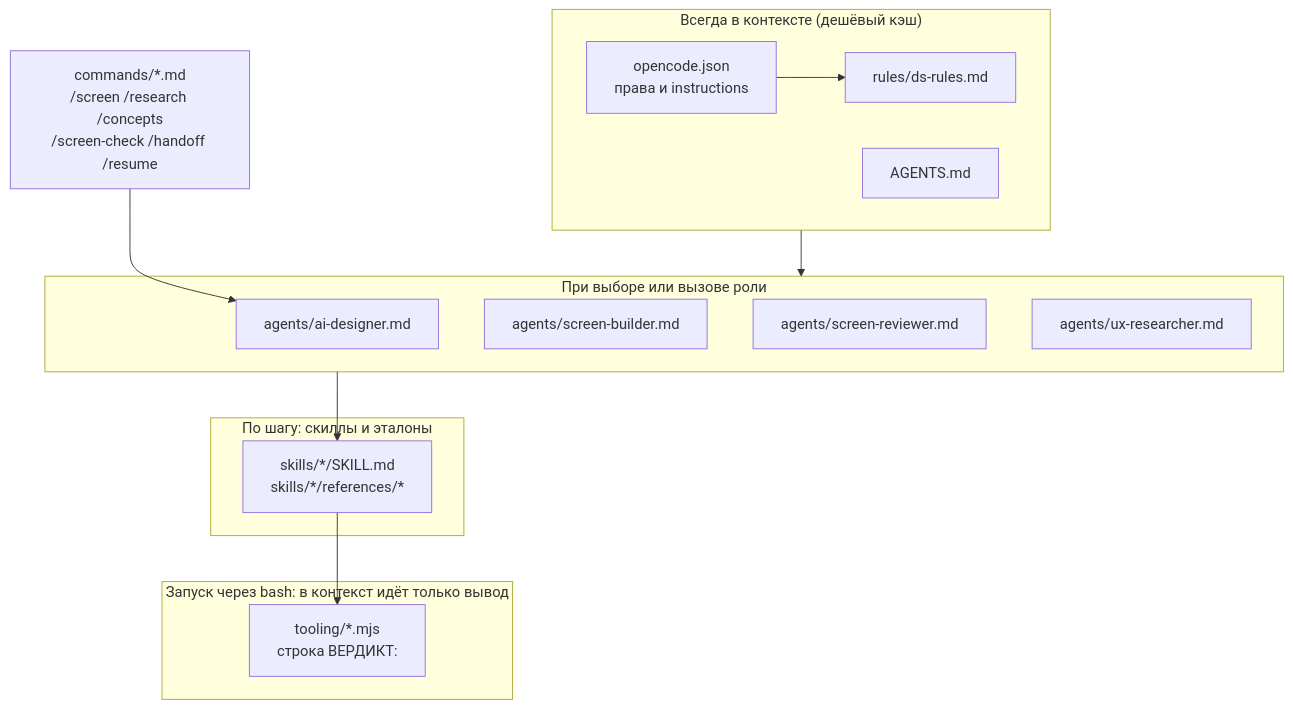
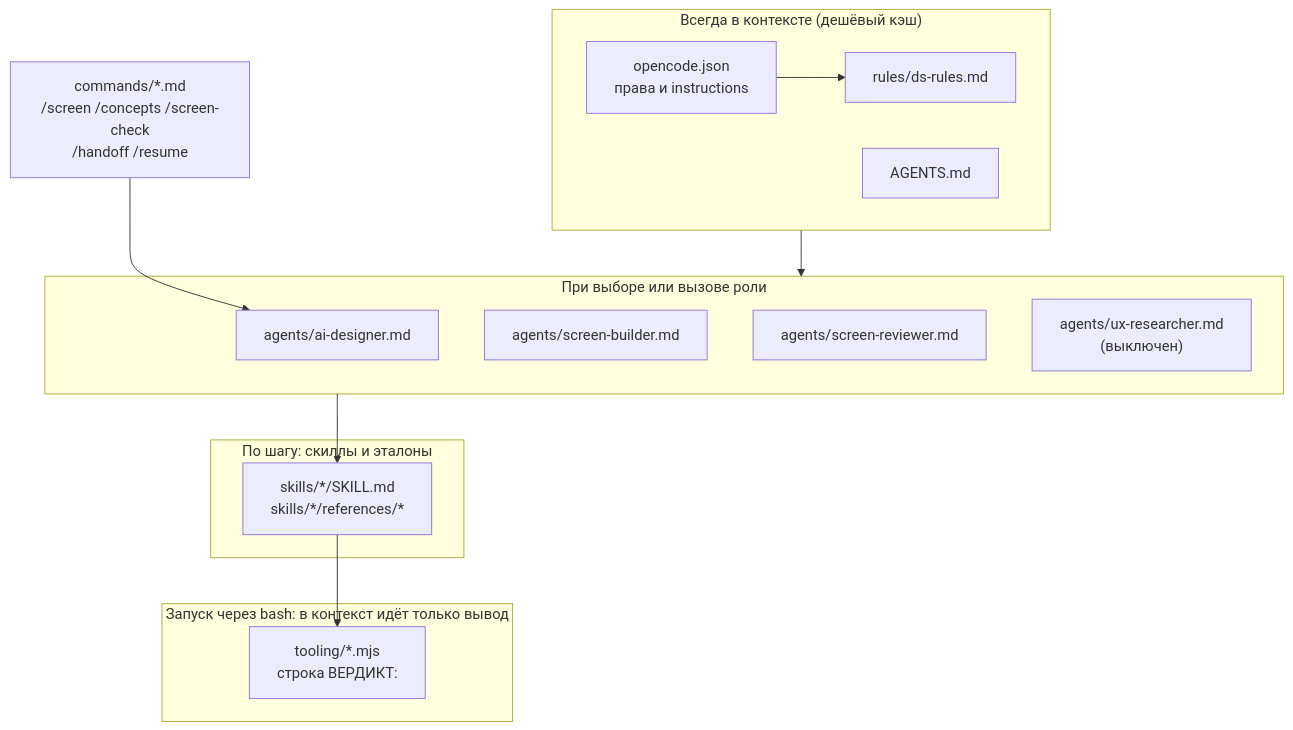
Before and after one commit to sarosekml/ibp-design-project: the first of 4 diagrams in docs/agent-ai-designer-working-process.md, drawn with Mermaid. The commit also changed other lines of this file and 5 other files, not shown here.

````diff
--- a/docs/agent-ai-designer-working-process.md
+++ b/docs/agent-ai-designer-working-process.md
@@ -58,27 +58,27 @@
 ```mermaid
 flowchart TB
     subgraph ALWAYS["Всегда в контексте (дешёвый кэш)"]
         CFG["opencode.json<br/>права и instructions"]
         AG["AGENTS.md"]
         RULES["rules/ds-rules.md"]
     end
     subgraph ROLE["При выборе или вызове роли"]
         A1["agents/ai-designer.md"]
         A2["agents/screen-builder.md"]
         A3["agents/screen-reviewer.md"]
-        A4["agents/ux-researcher.md"]
+        A4["agents/ux-researcher.md<br/>(выключен)"]
     end
     subgraph ONDEMAND["По шагу: скиллы и эталоны"]
         S["skills/*/SKILL.md<br/>skills/*/references/*"]
     end
     subgraph TOOLS["Запуск через bash: в контекст идёт только вывод"]
         T["tooling/*.mjs<br/>строка ВЕРДИКТ:"]
     end
-    CMD["commands/*.md<br/>/screen /research /concepts<br/>/screen-check /handoff /resume"]
+    CMD["commands/*.md<br/>/screen /concepts /screen-check<br/>/handoff /resume"]
 
     CFG --> RULES
     ALWAYS --> ROLE
     CMD --> A1
     ROLE --> S
     S --> T
 ```
````
